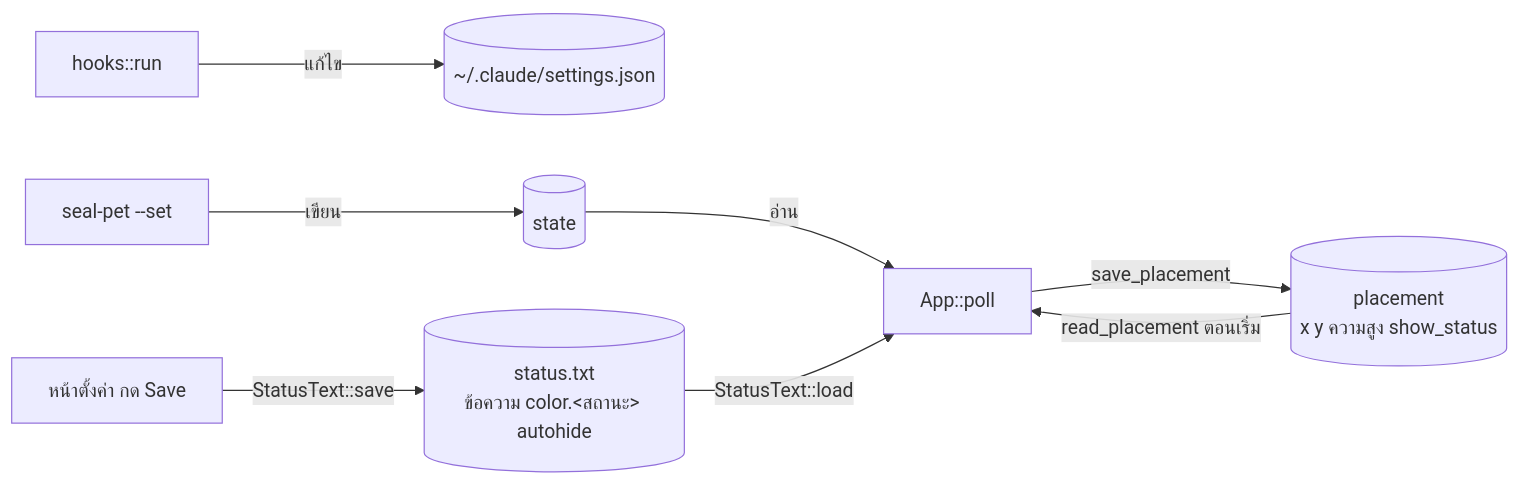
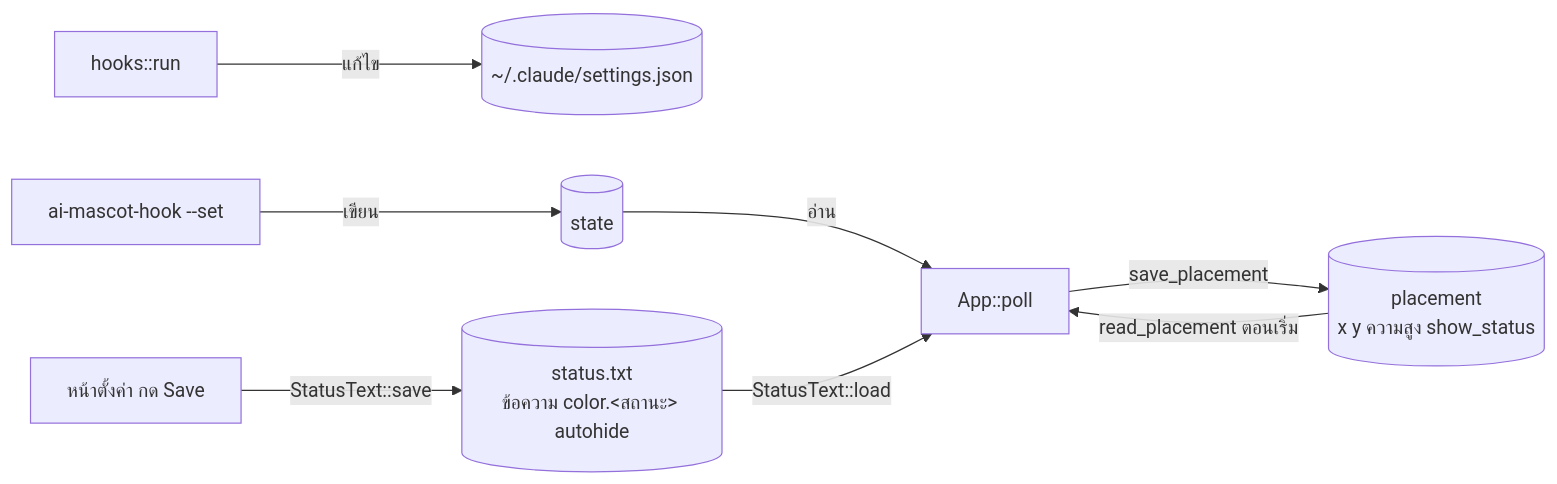
The seventh of 7 diagrams in docs/th/architecture.md (thanachaiakt/ai-mascot-hook), drawn with Mermaid before and after one commit. The commit also changed other lines of this file and 18 other files, not shown here.

````diff
--- a/docs/th/architecture.md
+++ b/docs/th/architecture.md
@@ -200,10 +200,10 @@
 ```mermaid
 flowchart LR
     hooks2["hooks::run"] -- "แก้ไข" --> settings[("~/.claude/settings.json")]
-    setcmd["seal-pet --set"] -- "เขียน" --> state[("state")]
+    setcmd["ai-mascot-hook --set"] -- "เขียน" --> state[("state")]
     state -- "อ่าน" --> app2["App::poll"]
     app2 -- "save_placement" --> placement[("placement<br/>x y ความสูง show_status")]
     placement -- "read_placement ตอนเริ่ม" --> app2
     editor2["หน้าตั้งค่า กด Save"] -- "StatusText::save" --> statustxt[("status.txt<br/>ข้อความ color.&lt;สถานะ&gt; autohide")]
     statustxt -- "StatusText::load" --> app2
 ```
````
